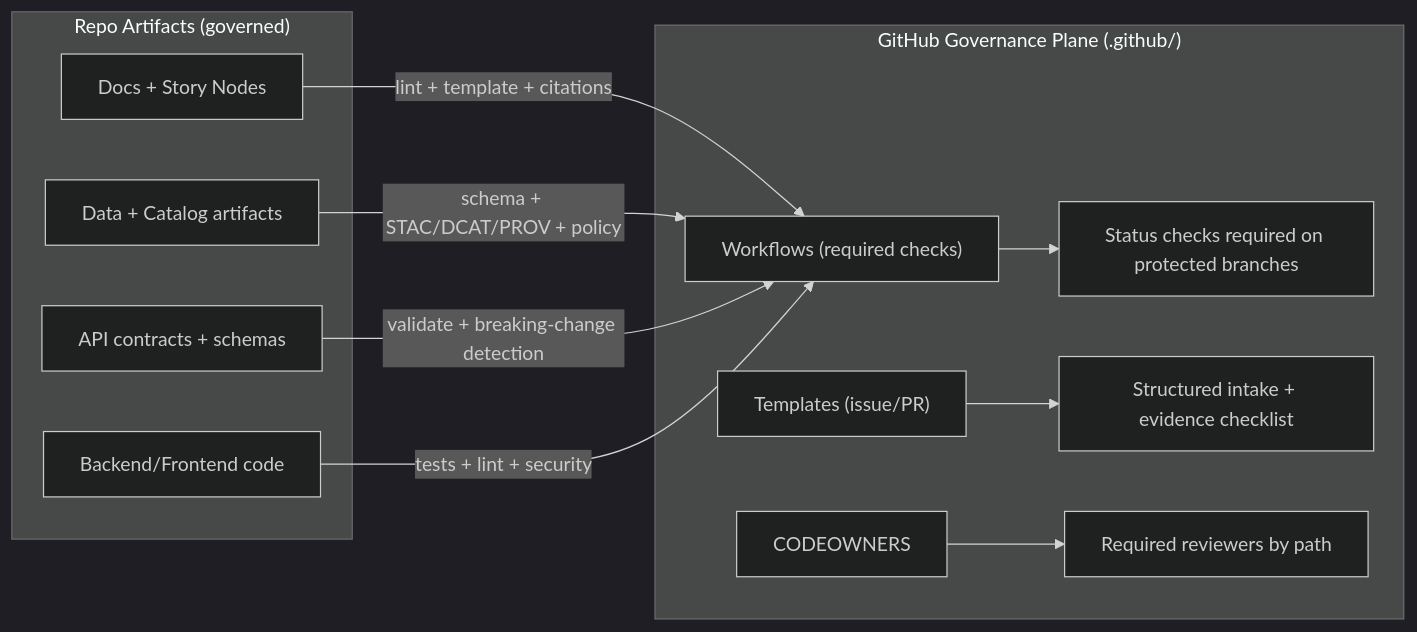
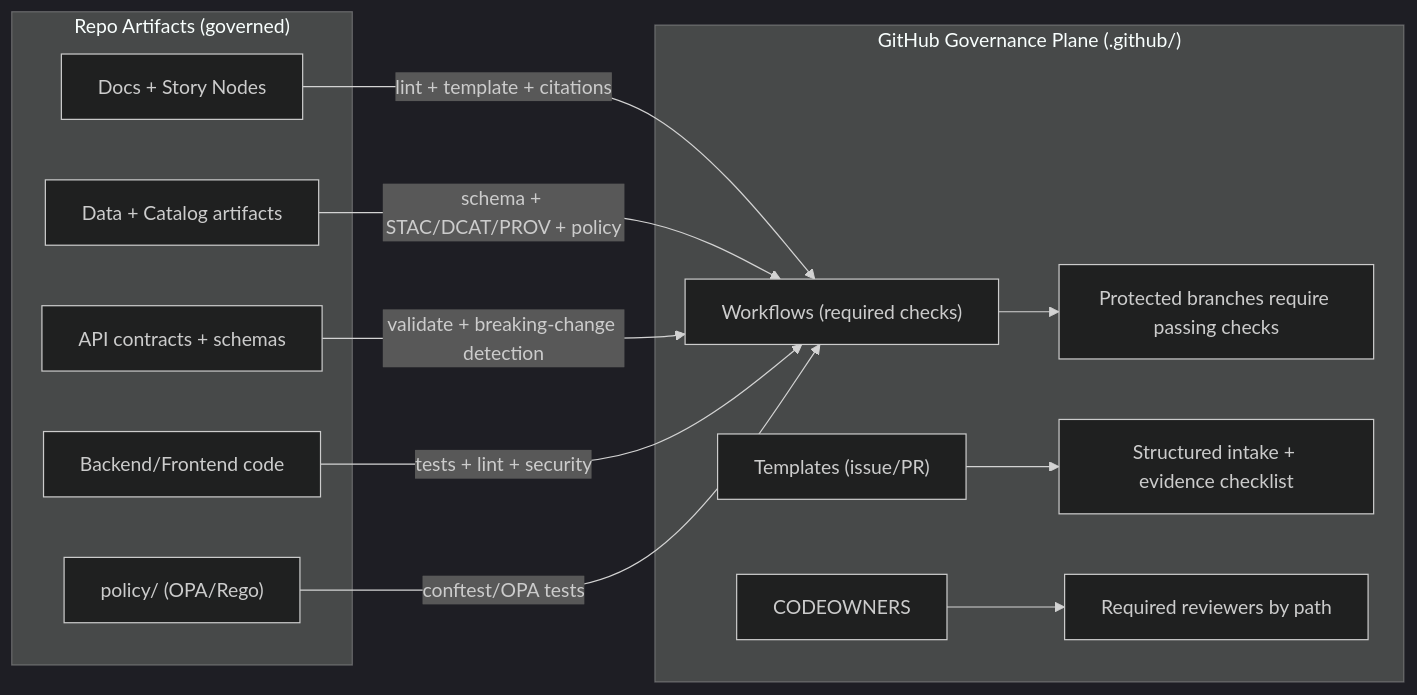
Before and after one commit to bartytime4life/Kansas-Frontier-Matrix: the third of 3 diagrams in .github/README.md, drawn with Mermaid (dark theme). The commit also changed other lines of this file, not shown here.

````diff
--- a/.github/README.md
+++ b/.github/README.md
@@ -167,15 +210,16 @@
 ```mermaid
 flowchart LR
   subgraph GitHub["GitHub Governance Plane (.github/)"]
-    W["Workflows (required checks)"] --> S["Status checks required on protected branches"]
+    W["Workflows (required checks)"] --> S["Protected branches require passing checks"]
     T["Templates (issue/PR)"] --> Q["Structured intake + evidence checklist"]
     C["CODEOWNERS"] --> R["Required reviewers by path"]
   end
 
   subgraph Repo["Repo Artifacts (governed)"]
     DOCS["Docs + Story Nodes"] -->|"lint + template + citations"| W
     DATA["Data + Catalog artifacts"] -->|"schema + STAC/DCAT/PROV + policy"| W
     API["API contracts + schemas"] -->|"validate + breaking-change detection"| W
     CODE["Backend/Frontend code"] -->|"tests + lint + security"| W
+    POLICY["policy/ (OPA/Rego)"] -->|"conftest/OPA tests"| W
   end
 ```
````
